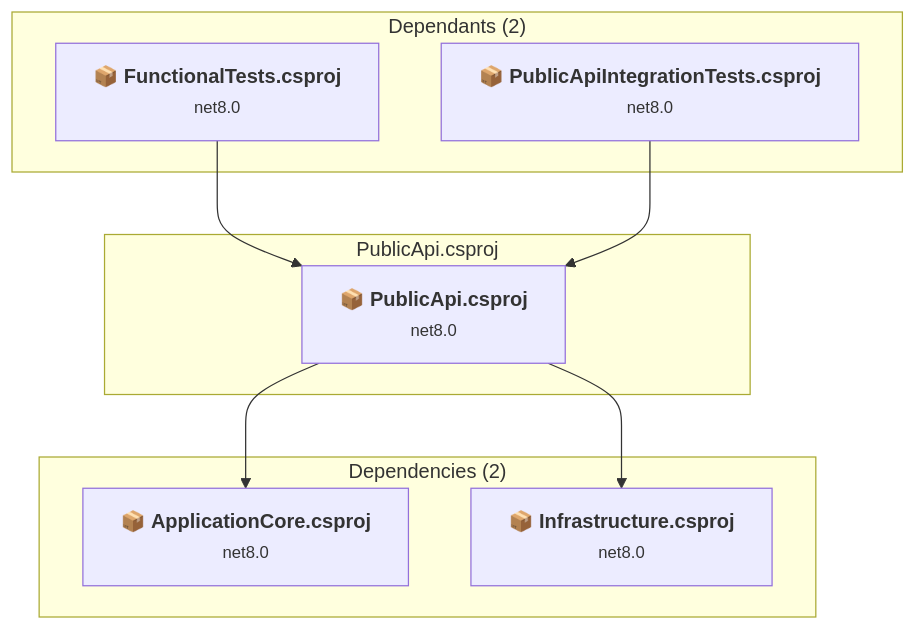
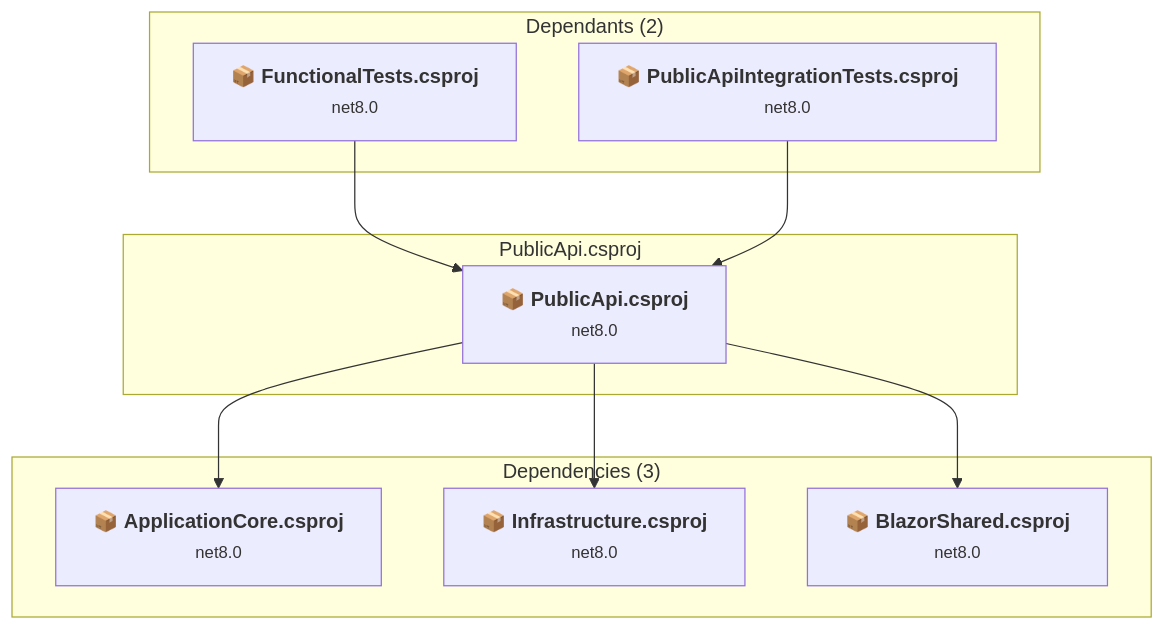
One commit to kaushganguly/eShopOnWeb changed the diagram in .github/upgrades/scenarios/dotnet-version-upgrade/assessment/projects/PublicApi.md. Above: the diagram before and after it, drawn with Mermaid. The commit also changed other lines of this file and 20 other files, not shown here.

````diff
--- a/.github/upgrades/scenarios/dotnet-version-upgrade/assessment/projects/PublicApi.md
+++ b/.github/upgrades/scenarios/dotnet-version-upgrade/assessment/projects/PublicApi.md
@@ -36,24 +37,27 @@
 ```mermaid
 flowchart TB
     subgraph upstream["Dependants (2)"]
         P6["<b>📦&nbsp;FunctionalTests.csproj</b><br/><small>net8.0</small>"]
         P10["<b>📦&nbsp;PublicApiIntegrationTests.csproj</b><br/><small>net8.0</small>"]
         click P6 "../projects/FunctionalTests.md"
         click P10 "../projects/PublicApiIntegrationTests.md"
     end
     subgraph current["PublicApi.csproj"]
         MAIN["<b>📦&nbsp;PublicApi.csproj</b><br/><small>net8.0</small>"]
         click MAIN "../projects/PublicApi.md"
     end
-    subgraph downstream["Dependencies (2)"]
+    subgraph downstream["Dependencies (3)"]
         P3["<b>📦&nbsp;ApplicationCore.csproj</b><br/><small>net8.0</small>"]
         P2["<b>📦&nbsp;Infrastructure.csproj</b><br/><small>net8.0</small>"]
+        P9["<b>📦&nbsp;BlazorShared.csproj</b><br/><small>net8.0</small>"]
         click P3 "../projects/ApplicationCore.md"
         click P2 "../projects/Infrastructure.md"
+        click P9 "../projects/BlazorShared.md"
     end
     P6 --> MAIN
     P10 --> MAIN
     MAIN --> P3
     MAIN --> P2
+    MAIN --> P9
 
 ```
````
